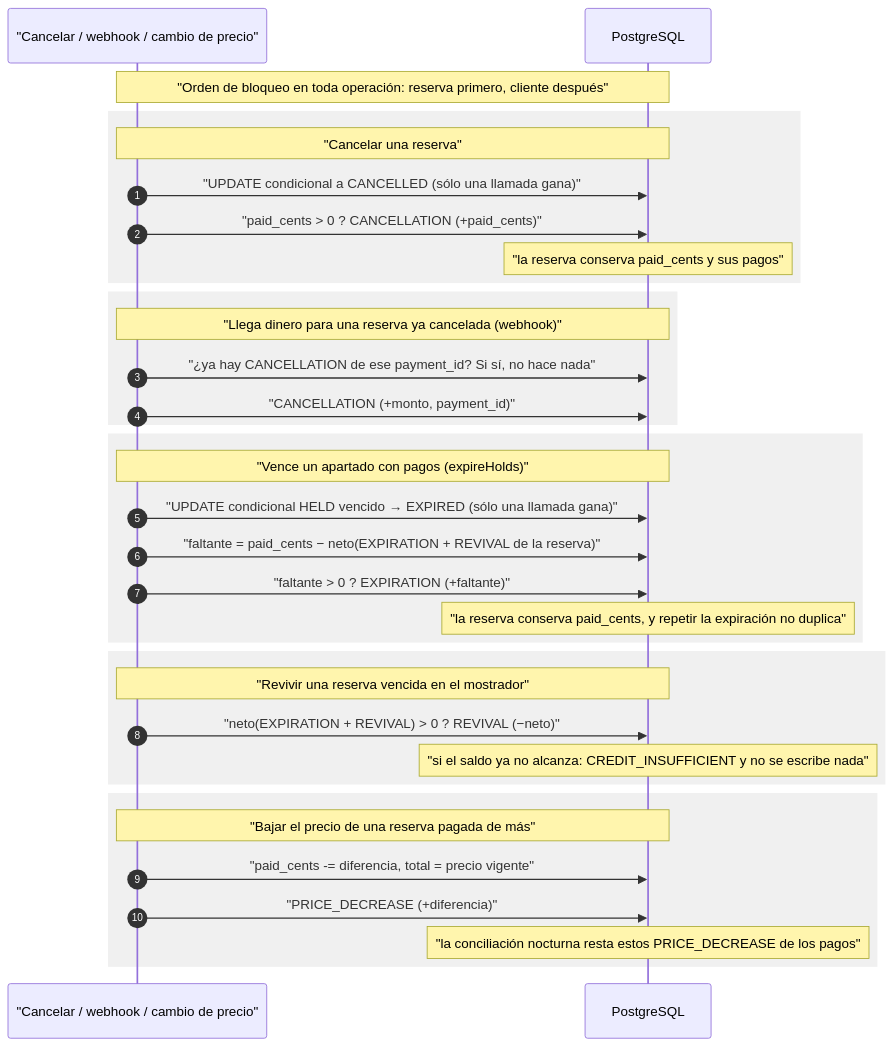
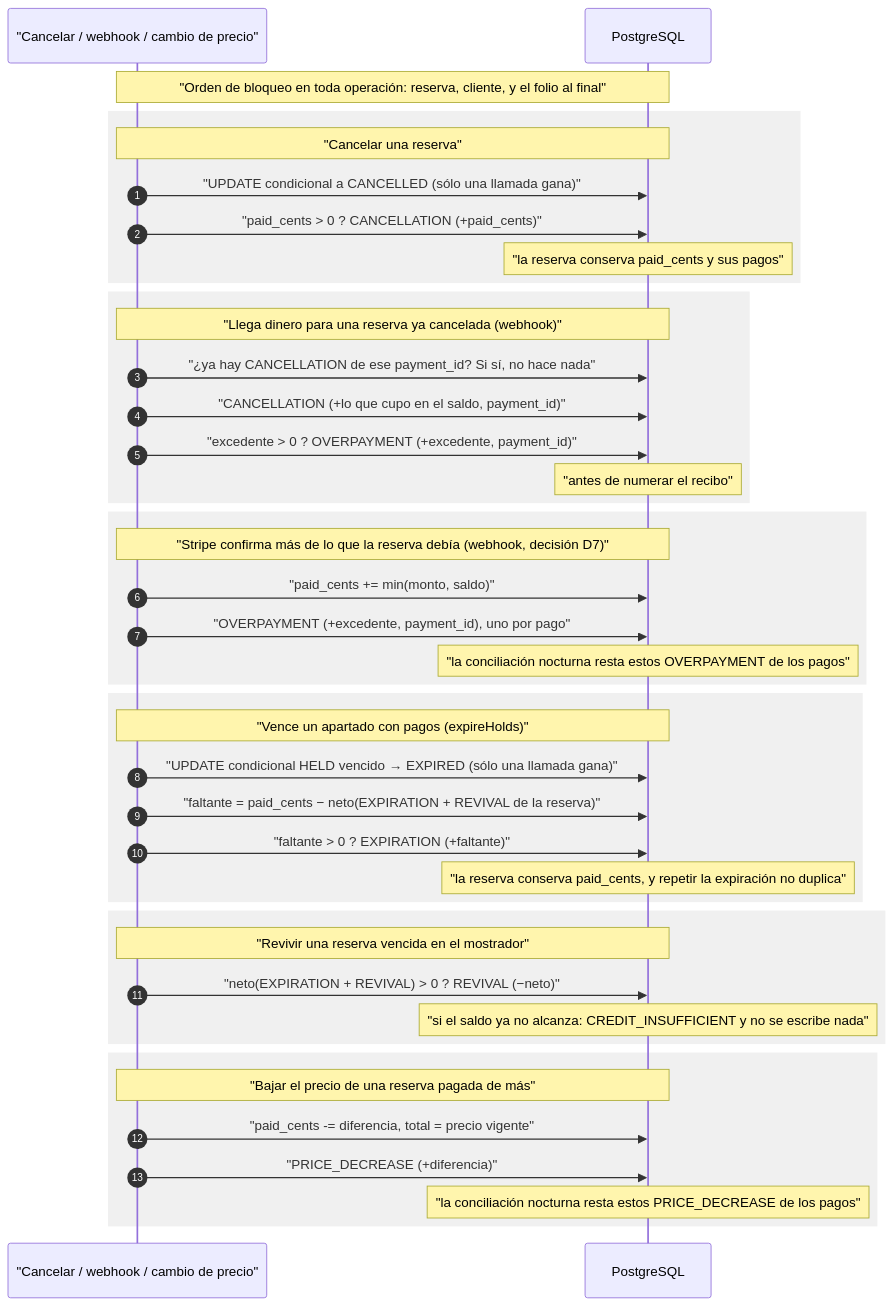
The second of 5 diagrams in docs/diagrams/customer-credit.md (erickgs2/ruta_mochilera), drawn with Mermaid before and after one commit. The commit also changed other lines of this file and 19 other files, not shown here.

````diff
--- a/docs/diagrams/customer-credit.md
+++ b/docs/diagrams/customer-credit.md
@@ -45,42 +49,51 @@
 ```mermaid
 sequenceDiagram
     autonumber
     participant Op as "Cancelar / webhook / cambio de precio"
     participant DB as PostgreSQL
 
-    Note over Op,DB: "Orden de bloqueo en toda operación: reserva primero, cliente después"
+    Note over Op,DB: "Orden de bloqueo en toda operación: reserva, cliente, y el folio al final"
 
     rect rgb(240, 240, 240)
         Note over Op,DB: "Cancelar una reserva"
         Op->>DB: "UPDATE condicional a CANCELLED (sólo una llamada gana)"
         Op->>DB: "paid_cents > 0 ? CANCELLATION (+paid_cents)"
         Note over DB: "la reserva conserva paid_cents y sus pagos"
     end
 
     rect rgb(240, 240, 240)
         Note over Op,DB: "Llega dinero para una reserva ya cancelada (webhook)"
         Op->>DB: "¿ya hay CANCELLATION de ese payment_id? Si sí, no hace nada"
-        Op->>DB: "CANCELLATION (+monto, payment_id)"
+        Op->>DB: "CANCELLATION (+lo que cupo en el saldo, payment_id)"
+        Op->>DB: "excedente > 0 ? OVERPAYMENT (+excedente, payment_id)"
+        Note over DB: "antes de numerar el recibo"
+    end
+
+    rect rgb(240, 240, 240)
+        Note over Op,DB: "Stripe confirma más de lo que la reserva debía (webhook, decisión D7)"
+        Op->>DB: "paid_cents += min(monto, saldo)"
+        Op->>DB: "OVERPAYMENT (+excedente, payment_id), uno por pago"
+        Note over DB: "la conciliación nocturna resta estos OVERPAYMENT de los pagos"
     end
 
     rect rgb(240, 240, 240)
         Note over Op,DB: "Vence un apartado con pagos (expireHolds)"
         Op->>DB: "UPDATE condicional HELD vencido → EXPIRED (sólo una llamada gana)"
         Op->>DB: "faltante = paid_cents − neto(EXPIRATION + REVIVAL de la reserva)"
         Op->>DB: "faltante > 0 ? EXPIRATION (+faltante)"
         Note over DB: "la reserva conserva paid_cents, y repetir la expiración no duplica"
     end
 
     rect rgb(240, 240, 240)
         Note over Op,DB: "Revivir una reserva vencida en el mostrador"
         Op->>DB: "neto(EXPIRATION + REVIVAL) > 0 ? REVIVAL (−neto)"
         Note over DB: "si el saldo ya no alcanza: CREDIT_INSUFFICIENT y no se escribe nada"
     end
 
     rect rgb(240, 240, 240)
         Note over Op,DB: "Bajar el precio de una reserva pagada de más"
         Op->>DB: "paid_cents -= diferencia, total = precio vigente"
         Op->>DB: "PRICE_DECREASE (+diferencia)"
         Note over DB: "la conciliación nocturna resta estos PRICE_DECREASE de los pagos"
     end
 ```
````
